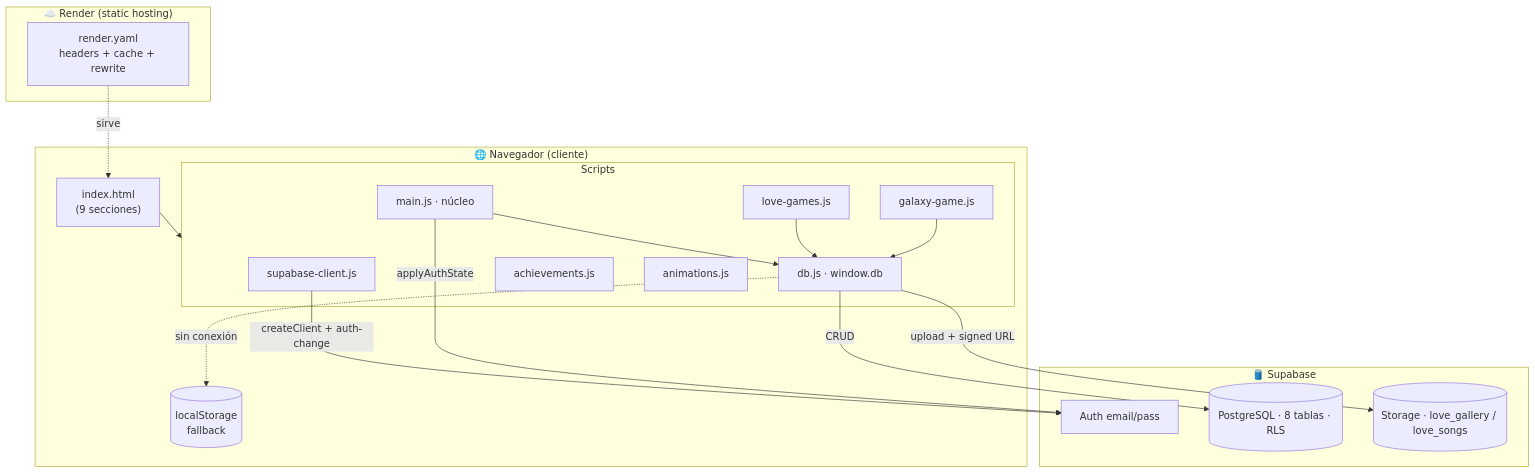
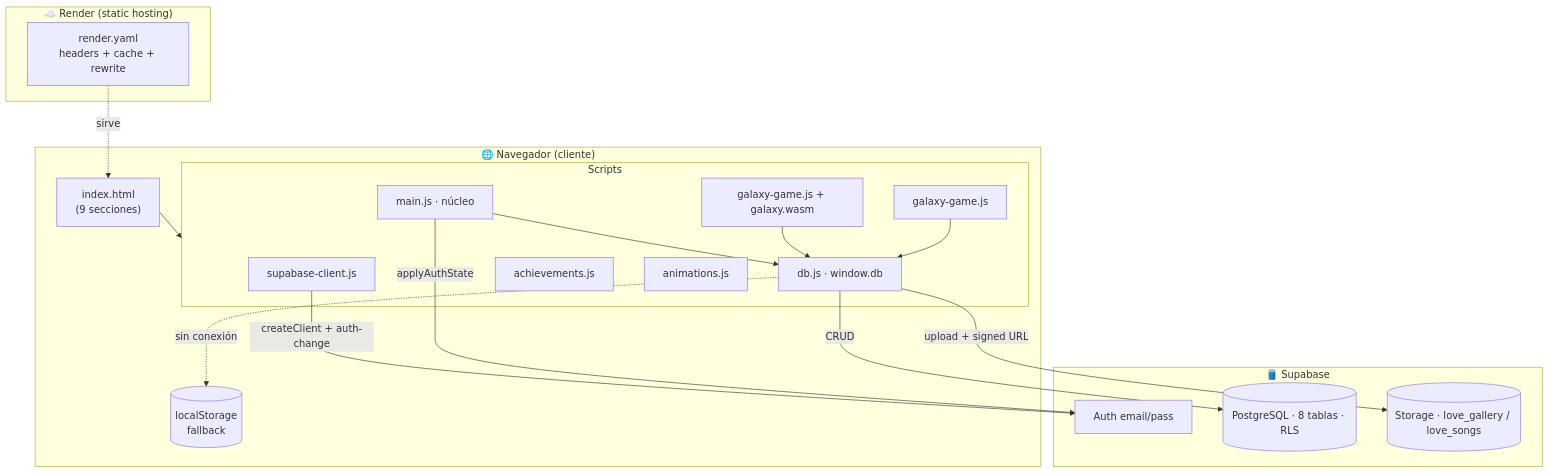
The eighth of 8 diagrams in ANALISIS_PROYECTO.md (Lockowom/Love_Galaxy), drawn with Mermaid before and after one commit. The commit also changed other lines of this file and 13 other files, not shown here.

````diff
--- a/ANALISIS_PROYECTO.md
+++ b/ANALISIS_PROYECTO.md
@@ -383,37 +387,37 @@
 ```mermaid
 graph TB
     subgraph Browser["🌐 Navegador (cliente)"]
         IDX["index.html<br/>(9 secciones)"]
         subgraph Scripts
             SCL[supabase-client.js]
             DBJS[db.js · window.db]
             MAIN[main.js · núcleo]
-            LG[love-games.js]
+            LG[galaxy-game.js + galaxy.wasm]
             GG[galaxy-game.js]
             ACH[achievements.js]
             ANIM[animations.js]
         end
         LST[(localStorage<br/>fallback)]
     end
 
     subgraph Render["☁️ Render (static hosting)"]
         YAML[render.yaml<br/>headers + cache + rewrite]
     end
 
     subgraph Supabase["🛢️ Supabase"]
         A[Auth email/pass]
         PG[(PostgreSQL · 8 tablas · RLS)]
         STG[(Storage · love_gallery / love_songs)]
     end
 
     IDX --> Scripts
     SCL -->|createClient + auth-change| A
     MAIN -->|applyAuthState| A
     DBJS -->|CRUD| PG
     DBJS -->|upload + signed URL| STG
     DBJS -.->|sin conexión| LST
     MAIN --> DBJS
     LG --> DBJS
     GG --> DBJS
     YAML -.sirve.-> IDX
 ```
````
